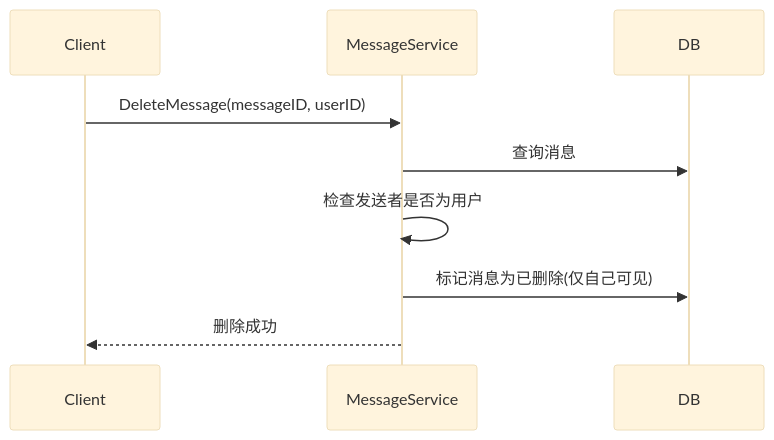
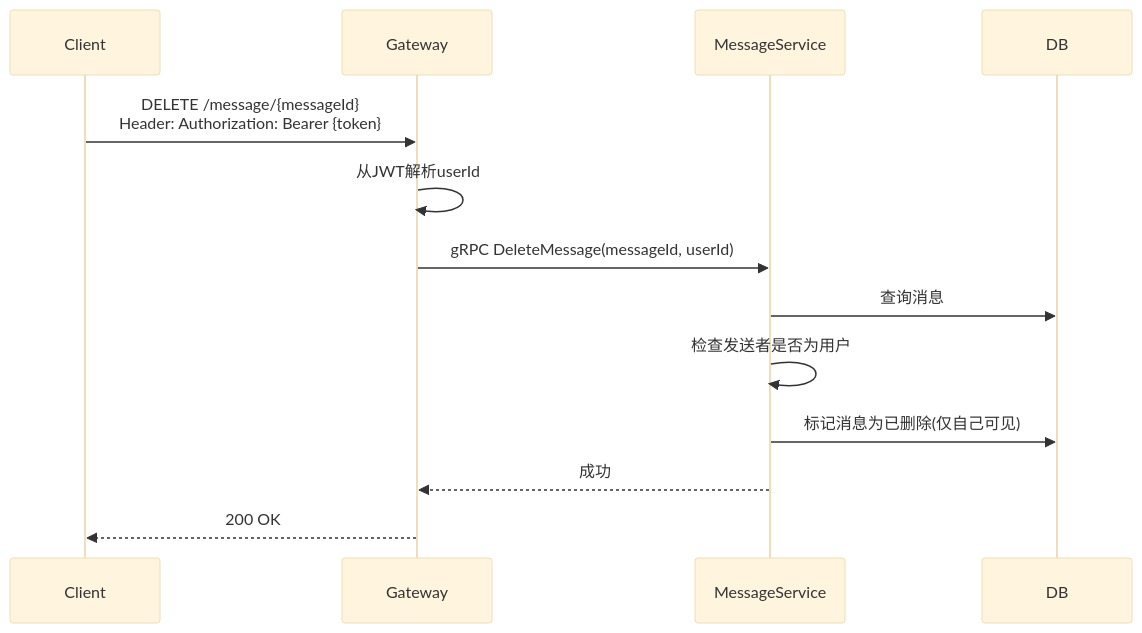
One commit to yzhgit/anychat-server changed the second of 2 diagrams in docs/design/message/recall.md. Above: the diagram before and after it, drawn with Mermaid (base theme). The commit also changed other lines of this file and 30 other files, not shown here.

First line of the commit message:
docs: 更新设计文档时序图，添加Gateway和NATS参与者

````diff
--- a/docs/design/message/recall.md
+++ b/docs/design/message/recall.md
@@ -33,12 +38,16 @@
 ```mermaid
 sequenceDiagram
     participant Client
+    participant Gateway
     participant MessageService
     participant DB
 
-    Client->>MessageService: DeleteMessage(messageID, userID)
+    Client->>Gateway: DELETE /message/{messageId}<br/>Header: Authorization: Bearer {token}
+    Gateway->>Gateway: 从JWT解析userId
+    Gateway->>MessageService: gRPC DeleteMessage(messageId, userId)
     MessageService->>DB: 查询消息
     MessageService->>MessageService: 检查发送者是否为用户
     MessageService->>DB: 标记消息为已删除(仅自己可见)
-    MessageService-->>Client: 删除成功
+    MessageService-->>Gateway: 成功
+    Gateway-->>Client: 200 OK
 ```
````
